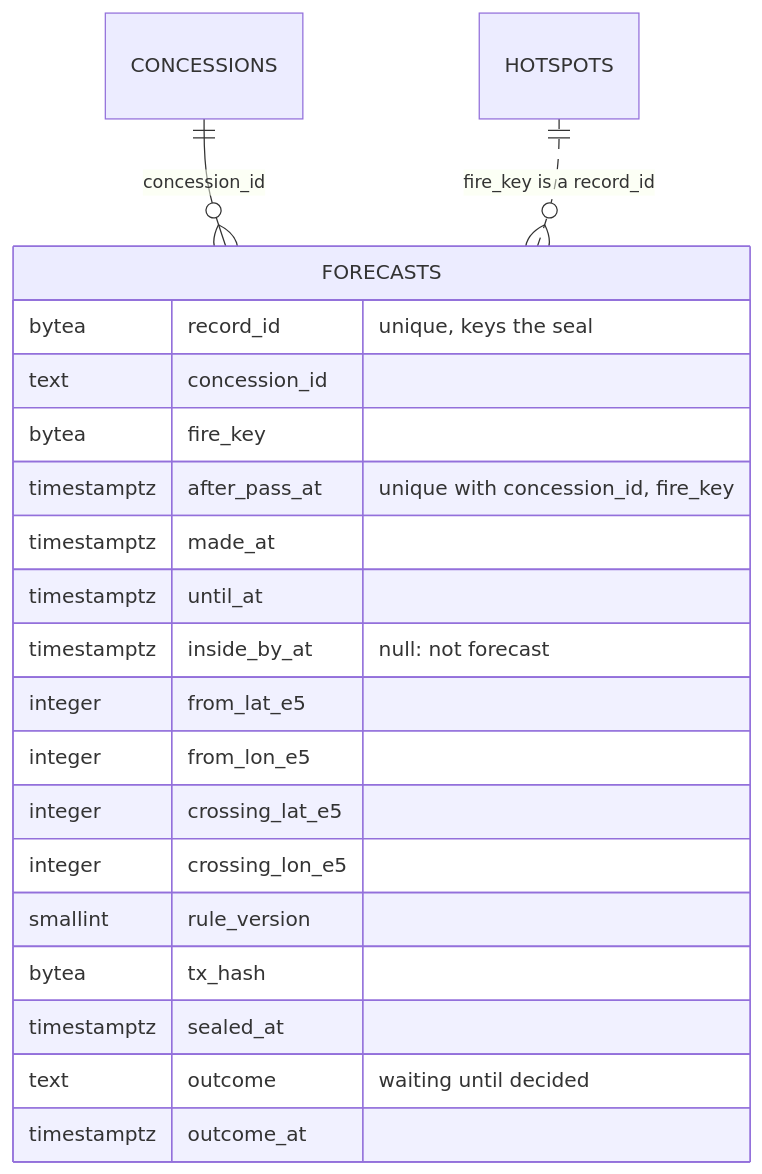
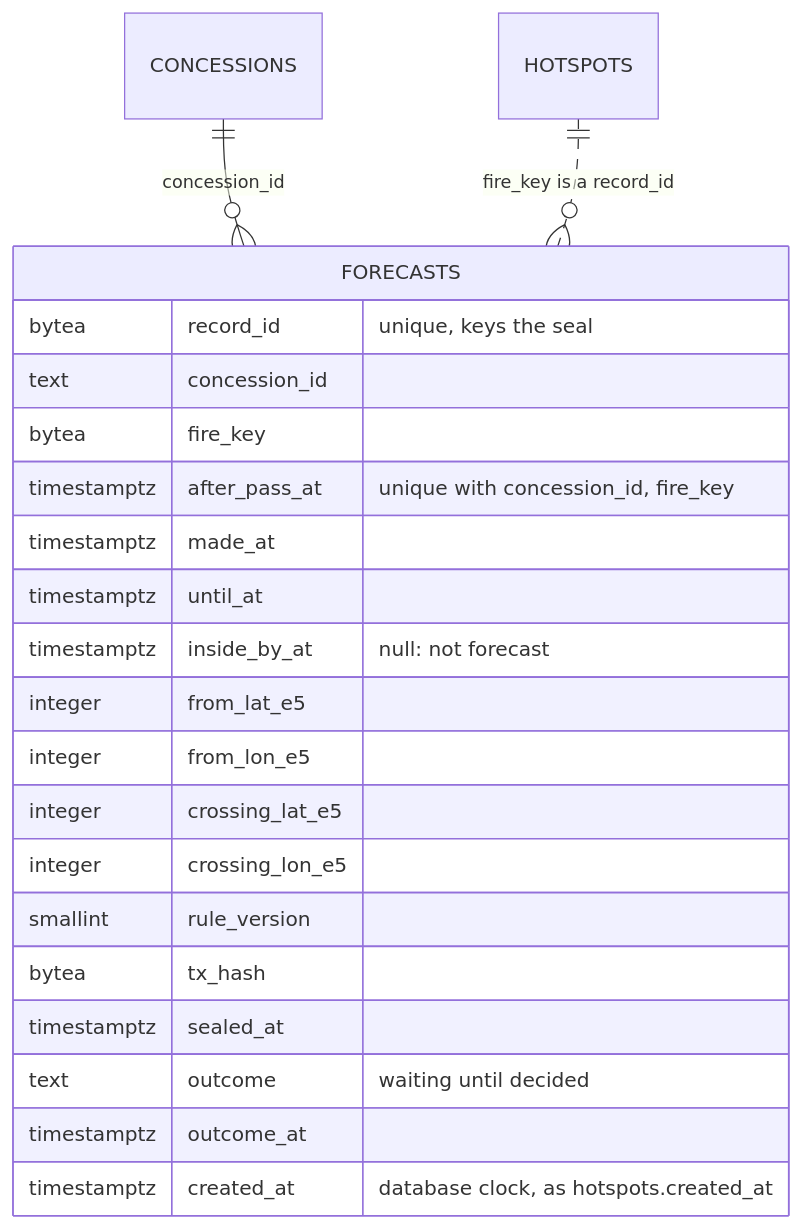
One commit to dzaffren/fire-watch changed the sixth of 6 diagrams in docs/specs/spread-forecast.md. Above: the diagram before and after it, drawn with Mermaid. The commit also changed other lines of this file, not shown here.

````diff
--- a/docs/specs/spread-forecast.md
+++ b/docs/specs/spread-forecast.md
@@ -402,23 +402,24 @@
 ```mermaid
 erDiagram
     CONCESSIONS ||--o{ FORECASTS : "concession_id"
     HOTSPOTS ||..o{ FORECASTS : "fire_key is a record_id"
     FORECASTS {
         bytea record_id "unique, keys the seal"
         text concession_id
         bytea fire_key
         timestamptz after_pass_at "unique with concession_id, fire_key"
         timestamptz made_at
         timestamptz until_at
         timestamptz inside_by_at "null: not forecast"
         integer from_lat_e5
         integer from_lon_e5
         integer crossing_lat_e5
         integer crossing_lon_e5
         smallint rule_version
         bytea tx_hash
         timestamptz sealed_at
         text outcome "waiting until decided"
         timestamptz outcome_at
+        timestamptz created_at "database clock, as hotspots.created_at"
     }
 ```
````
